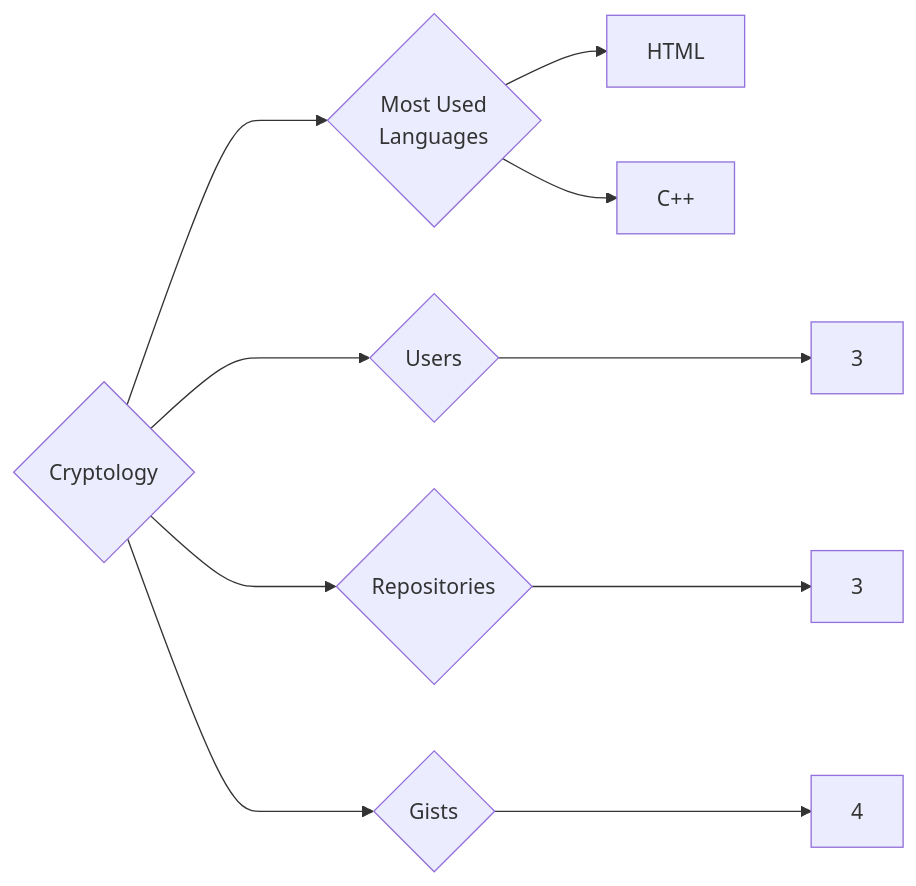
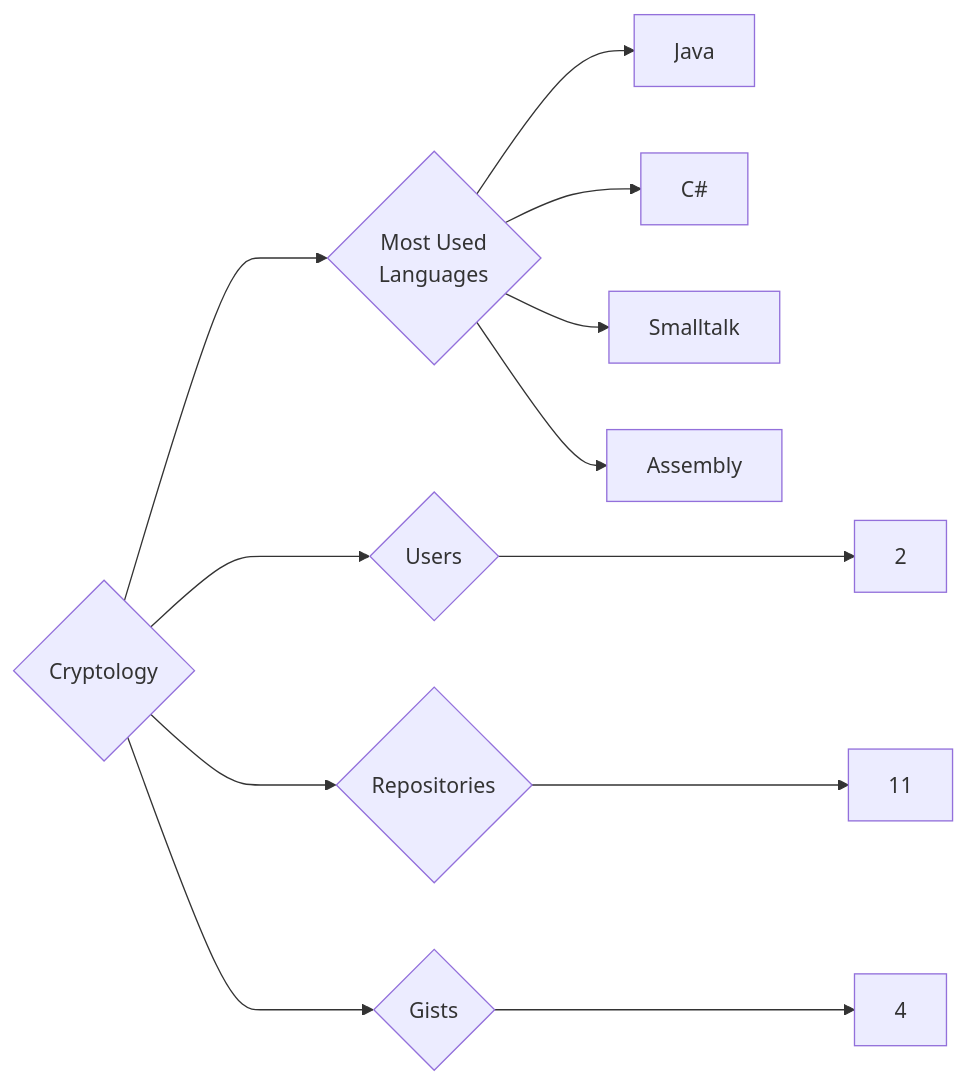
One commit to trickest/insiders changed the diagram in targets/Cryptology/README.md. Above: the diagram before and after it, drawn with Mermaid. The commit also changed 1003 other files, not shown here.

````diff
--- a/targets/Cryptology/README.md
+++ b/targets/Cryptology/README.md
@@ -3,10 +3,12 @@
 ```mermaid
 graph LR
 COMPANY_NAME{Cryptology}
-COMPANY_NAME ---> U{Users} ---> UN[3]
-COMPANY_NAME ---> R{Repositories} ---> RN[3]
+COMPANY_NAME ---> U{Users} ---> UN[2]
+COMPANY_NAME ---> R{Repositories} ---> RN[11]
 COMPANY_NAME ---> G{Gists} ---> GN[4]
 COMPANY_NAME ---> ML{Most Used<br>Languages}
-ML --> HTML[HTML]
-ML --> C++[C++]
+ML --> Java[Java]
+ML --> C#[C#]
+ML --> Smalltalk[Smalltalk]
+ML --> Assembly[Assembly]
 ```
````
